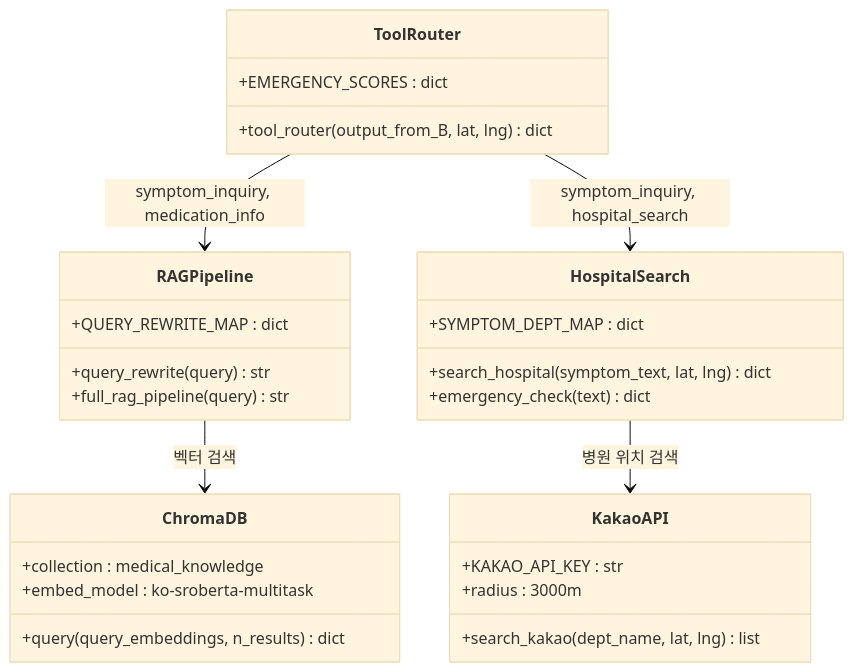
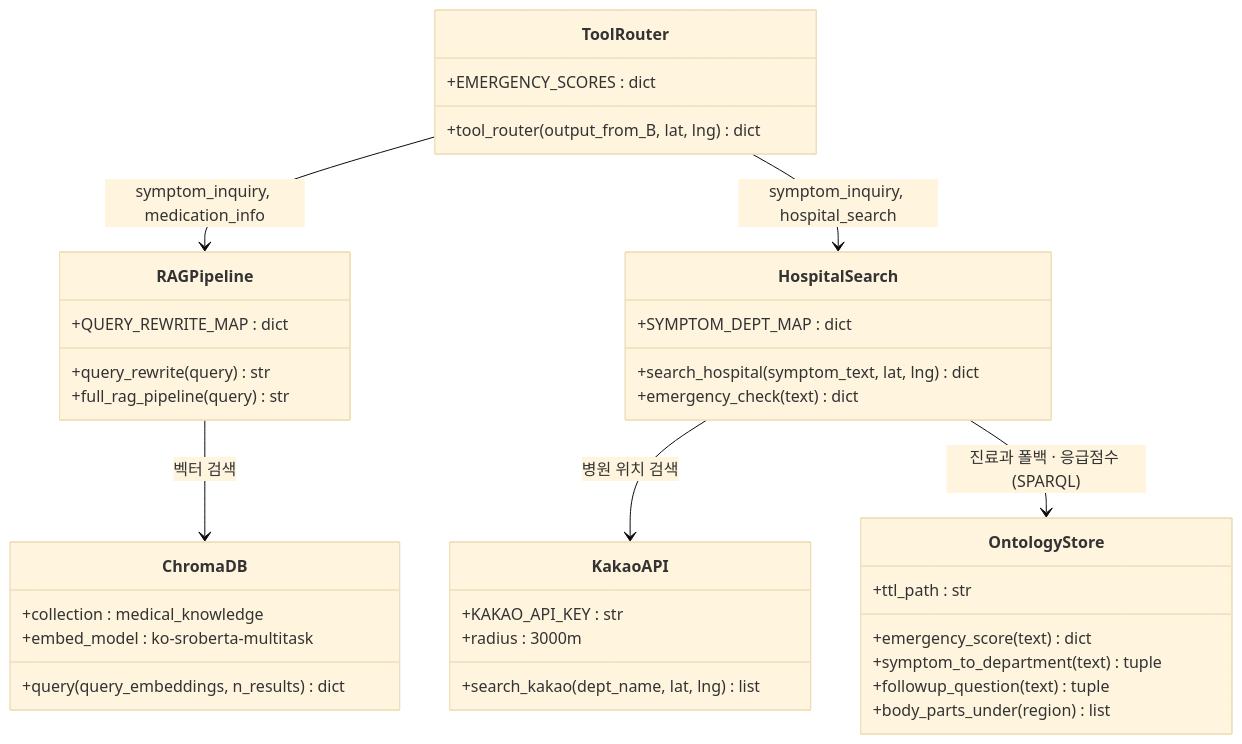
Before and after one commit to lg-hellovision-dx-data-school/LGHelloDoctor: the sixth of 10 diagrams in docs/diagrams.md, drawn with Mermaid (base theme). The commit also changed other lines of this file and 28 other files, not shown here.

First line of the commit message:
feat: LangGraph 오케스트레이션 + 온톨로지 Graph DB + Clean Architecture 4계층

````diff
--- a/docs/diagrams.md
+++ b/docs/diagrams.md
@@ -191,36 +278,45 @@
 ```mermaid
 classDiagram
     class RAGPipeline {
         +QUERY_REWRITE_MAP : dict
         +query_rewrite(query) str
         +full_rag_pipeline(query) str
     }
 
     class ChromaDB {
         +collection : medical_knowledge
         +embed_model : ko-sroberta-multitask
         +query(query_embeddings, n_results) dict
     }
 
     class HospitalSearch {
         +SYMPTOM_DEPT_MAP : dict
         +search_hospital(symptom_text, lat, lng) dict
         +emergency_check(text) dict
     }
 
     class KakaoAPI {
         +KAKAO_API_KEY : str
         +radius : 3000m
         +search_kakao(dept_name, lat, lng) list
     }
 
     class ToolRouter {
         +EMERGENCY_SCORES : dict
         +tool_router(output_from_B, lat, lng) dict
     }
 
+    class OntologyStore {
+        +ttl_path : str
+        +emergency_score(text) dict
+        +symptom_to_department(text) tuple
+        +followup_question(text) tuple
+        +body_parts_under(region) list
+    }
+
     ToolRouter --> RAGPipeline : symptom_inquiry, medication_info
     ToolRouter --> HospitalSearch : symptom_inquiry, hospital_search
     RAGPipeline --> ChromaDB : 벡터 검색
     HospitalSearch --> KakaoAPI : 병원 위치 검색
+    HospitalSearch --> OntologyStore : 진료과 폴백 · 응급점수 (SPARQL)
 ```
````
